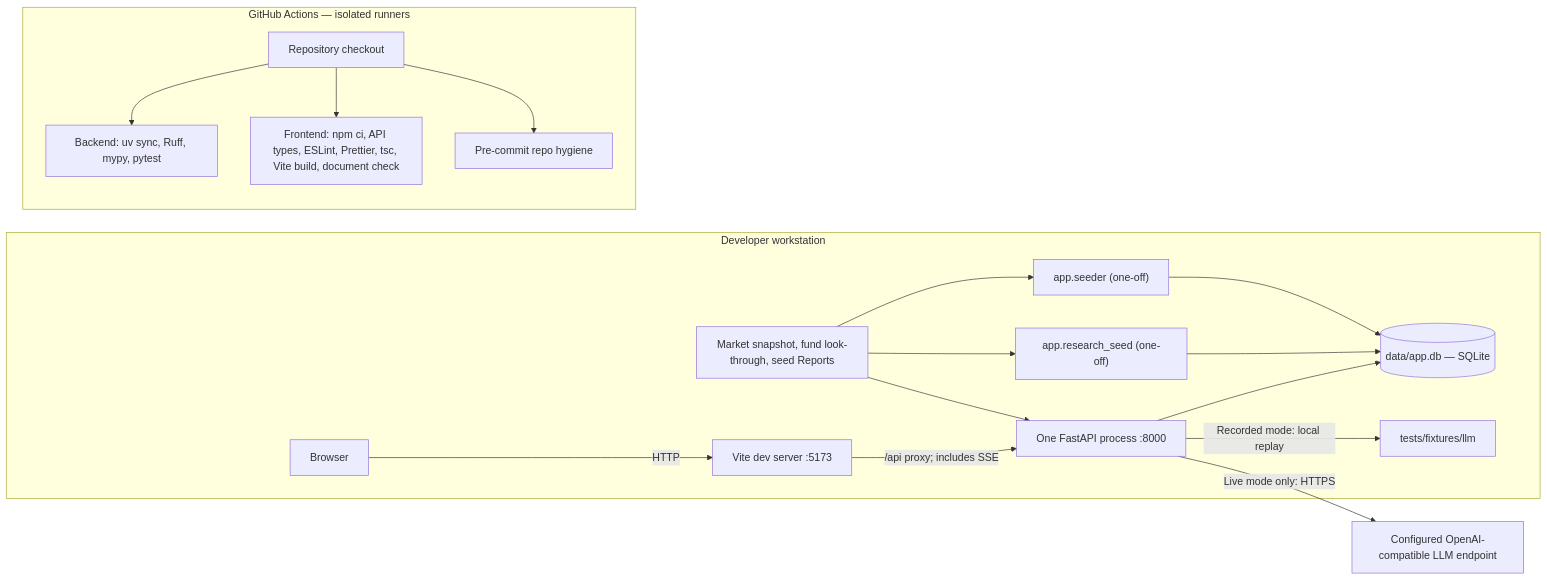
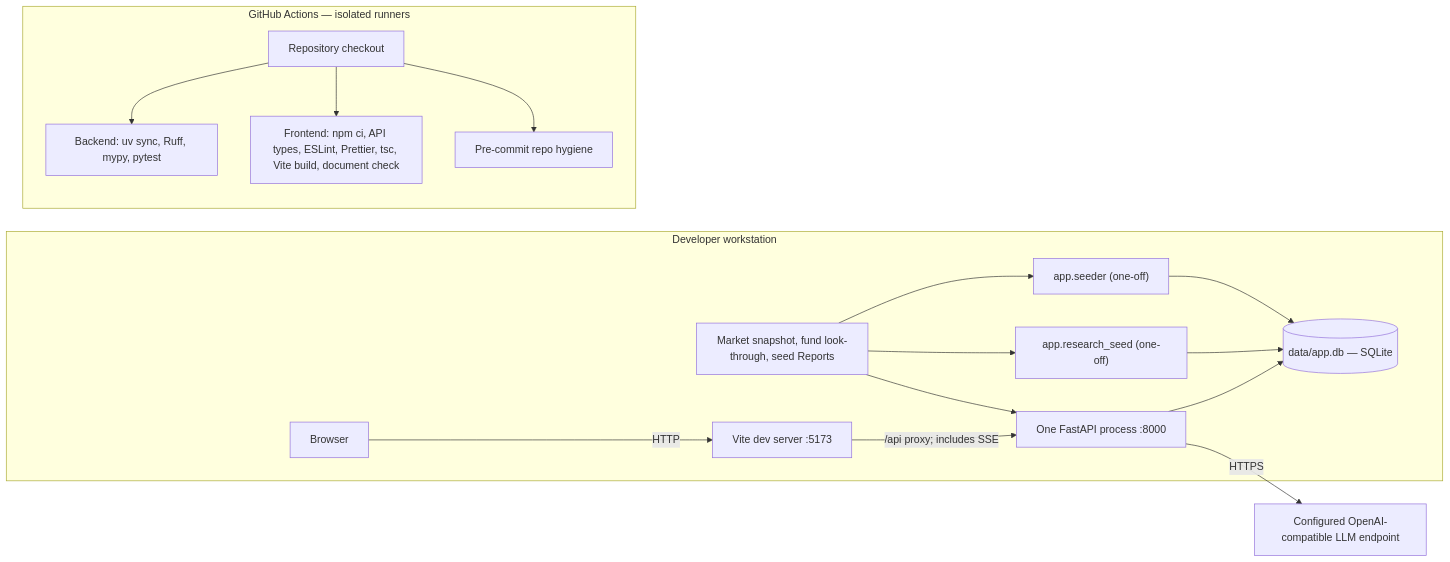
The diagram in docs/architecture/07-deployment-view.md (anir-kent/alpha-portfolio-ai), drawn with Mermaid before and after one commit. The commit also changed other lines of this file and 189 other files, not shown here.

First line of the commit message:
Remove pydantic-ai, the replay path and recorded mode everywhere

````diff
--- a/docs/architecture/07-deployment-view.md
+++ b/docs/architecture/07-deployment-view.md
@@ -9,32 +9,30 @@
 ```mermaid
 flowchart LR
     browser["Browser"]
     subgraph workstation["Developer workstation"]
         vite["Vite dev server :5173"]
         api["One FastAPI process :8000"]
         clients["app.seeder (one-off)"]
         research["app.research_seed (one-off)"]
         db[("data/app.db — SQLite")]
         inputs["Market snapshot, fund look-through, seed Reports"]
-        recordings["tests/fixtures/llm"]
         clients --> db
         research --> db
         inputs --> clients
         inputs --> research
         inputs --> api
         browser -->|HTTP| vite
         vite -->|"/api proxy; includes SSE"| api
         api --> db
-        api -->|"Recorded mode: local replay"| recordings
     end
-    api -->|"Live mode only: HTTPS"| provider["Configured OpenAI-compatible LLM endpoint"]
+    api -->|"HTTPS"| provider["Configured OpenAI-compatible LLM endpoint"]
     subgraph ci["GitHub Actions — isolated runners"]
         checkout["Repository checkout"]
         backend["Backend: uv sync, Ruff, mypy, pytest"]
         frontend["Frontend: npm ci, API types, ESLint, Prettier, tsc, Vite build, document check"]
         hygiene["Pre-commit repo hygiene"]
         checkout --> backend
         checkout --> frontend
         checkout --> hygiene
     end
 ```
````
